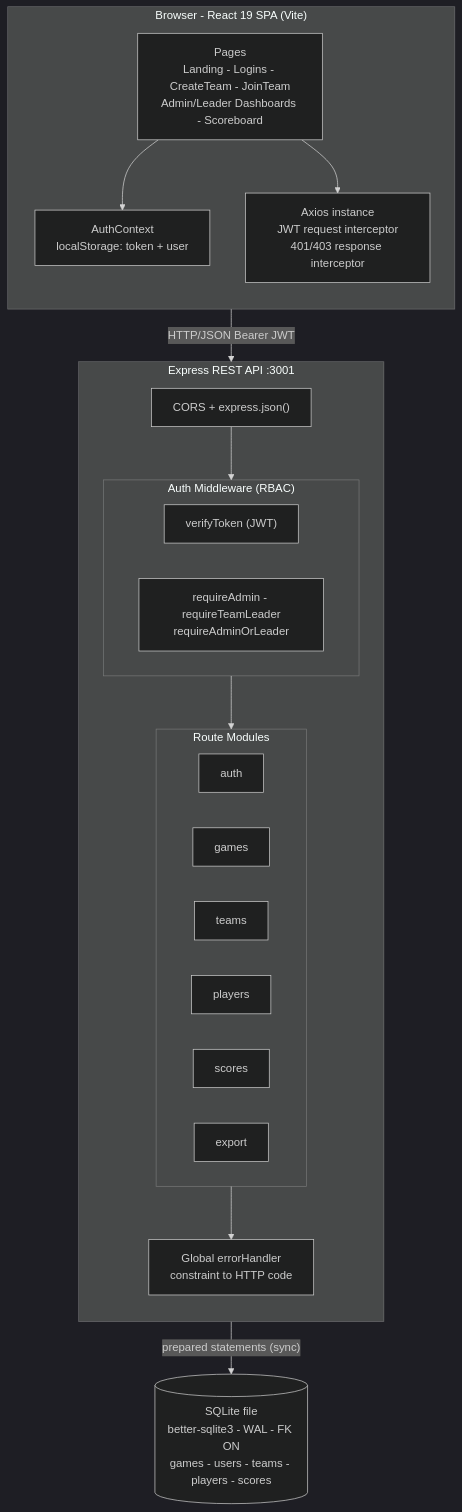
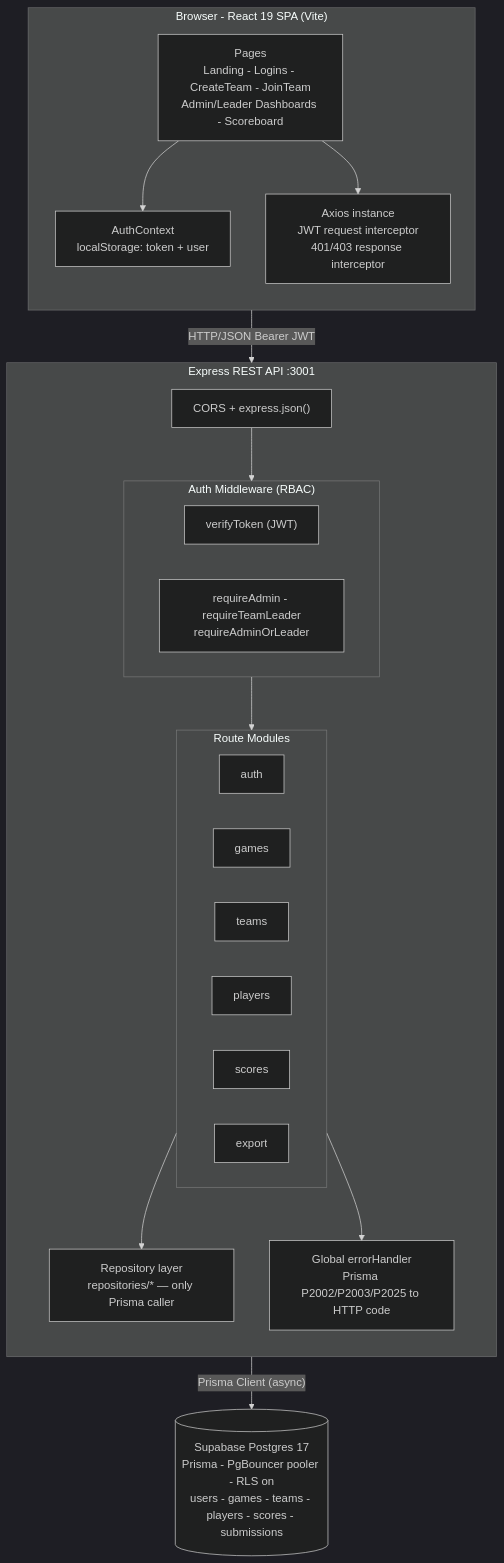
One commit to friday-9007/GGBoard changed the first of 4 diagrams in ARCHITECTURE.md. Above: the diagram before and after it, drawn with Mermaid (dark theme). The commit also changed other lines of this file and 21 other files, not shown here.

First line of the commit message:
feat(db): migrate backend from SQLite to Supabase Postgres via Prisma

````diff
--- a/ARCHITECTURE.md
+++ b/ARCHITECTURE.md
@@ -27,35 +28,37 @@
 ```mermaid
 flowchart TB
     subgraph Client["Browser - React 19 SPA (Vite)"]
         direction TB
         Pages["Pages<br/>Landing - Logins - CreateTeam - JoinTeam<br/>Admin/Leader Dashboards - Scoreboard"]
         AuthCtx["AuthContext<br/>localStorage: token + user"]
         Axios["Axios instance<br/>JWT request interceptor<br/>401/403 response interceptor"]
         Pages --> AuthCtx
         Pages --> Axios
     end
 
     subgraph API["Express REST API :3001"]
         direction TB
         CORS["CORS + express.json()"]
         subgraph MW["Auth Middleware (RBAC)"]
             VT["verifyToken (JWT)"]
             Guards["requireAdmin - requireTeamLeader<br/>requireAdminOrLeader"]
         end
         subgraph Routes["Route Modules"]
             R1["auth"]
             R2["games"]
             R3["teams"]
             R4["players"]
             R5["scores"]
             R6["export"]
         end
-        ERR["Global errorHandler<br/>constraint to HTTP code"]
-        CORS --> MW --> Routes --> ERR
+        Repo["Repository layer<br/>repositories/* — only Prisma caller"]
+        ERR["Global errorHandler<br/>Prisma P2002/P2003/P2025 to HTTP code"]
+        CORS --> MW --> Routes --> Repo
+        Routes --> ERR
     end
 
-    DB[("SQLite file<br/>better-sqlite3 - WAL - FK ON<br/>games - users - teams - players - scores")]
+    DB[("Supabase Postgres 17<br/>Prisma - PgBouncer pooler - RLS on<br/>users - games - teams - players - scores - submissions")]
 
     Axios -- "HTTP/JSON Bearer JWT" --> CORS
-    Routes -- "prepared statements (sync)" --> DB
+    Repo -- "Prisma Client (async)" --> DB
 ```
````
